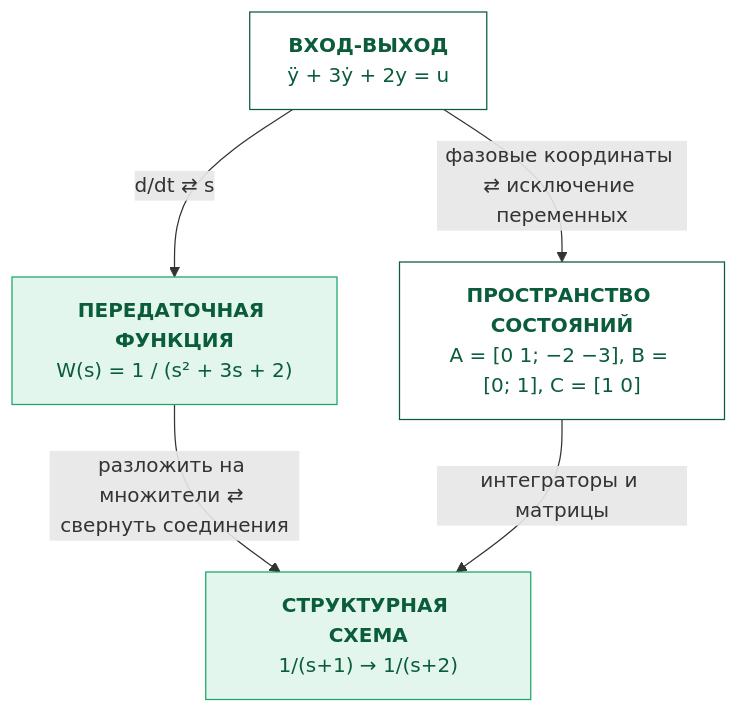
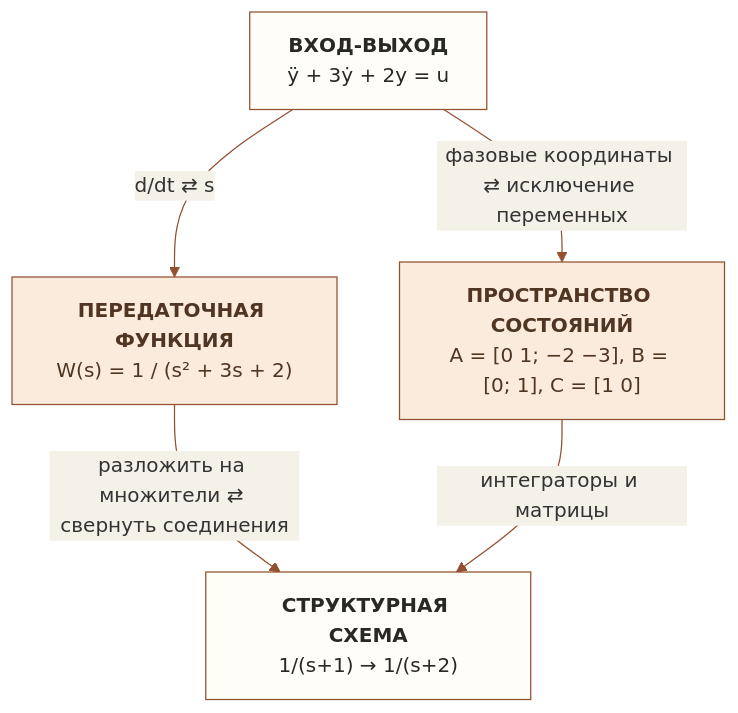
Before and after one commit to AlexLopatin-hub/tau-exam-gym: the diagram in internal/exam/lectures/09.26.md, drawn with Mermaid. The commit also changed 1 other file, not shown here.

Commit message:
style: fit diagram color scheme

````diff
--- a/internal/exam/lectures/09.26.md
+++ b/internal/exam/lectures/09.26.md
@@ -50,17 +50,25 @@
 ```mermaid
+---
+config:
+  theme: base
+  themeVariables:
+    lineColor: '#92502f'
+    edgeLabelBackground: '#f4f1e9'
+    textColor: '#292923'
+---
 flowchart TB
   IO["<b>ВХОД-ВЫХОД</b><br/>ÿ + 3ẏ + 2y = u"]
   TF["<b>ПЕРЕДАТОЧНАЯ ФУНКЦИЯ</b><br/>W(s) = 1 / (s² + 3s + 2)"]
   SS["<b>ПРОСТРАНСТВО СОСТОЯНИЙ</b><br/>A = [0 1; −2 −3], B = [0; 1], C = [1 0]"]
   ST["<b>СТРУКТУРНАЯ СХЕМА</b><br/>1/(s+1) → 1/(s+2)"]
 
   IO -->|"d/dt ⇄ s"| TF
   IO -->|"фазовые координаты ⇄ исключение переменных"| SS
   TF -->|"разложить на множители ⇄ свернуть соединения"| ST
   SS -->|"интеграторы и матрицы"| ST
 
-  classDef plain fill:#fff,stroke:#0a5c3a,color:#0a5c3a;
-  classDef green fill:#e3f6ee,stroke:#1aa66b,color:#0a5c3a;
-  class IO,SS plain;
-  class TF,ST green;
+  classDef plain fill:#fffdf8,stroke:#92502f,color:#292923;
+  classDef accent fill:#faebdd,stroke:#92502f,color:#503523;
+  class TF,SS accent;
+  class IO,ST plain;
 ```
````
